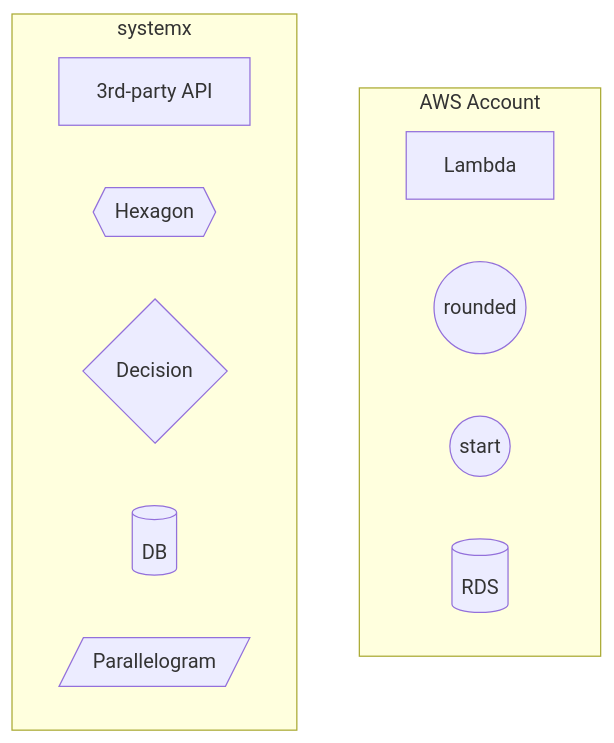
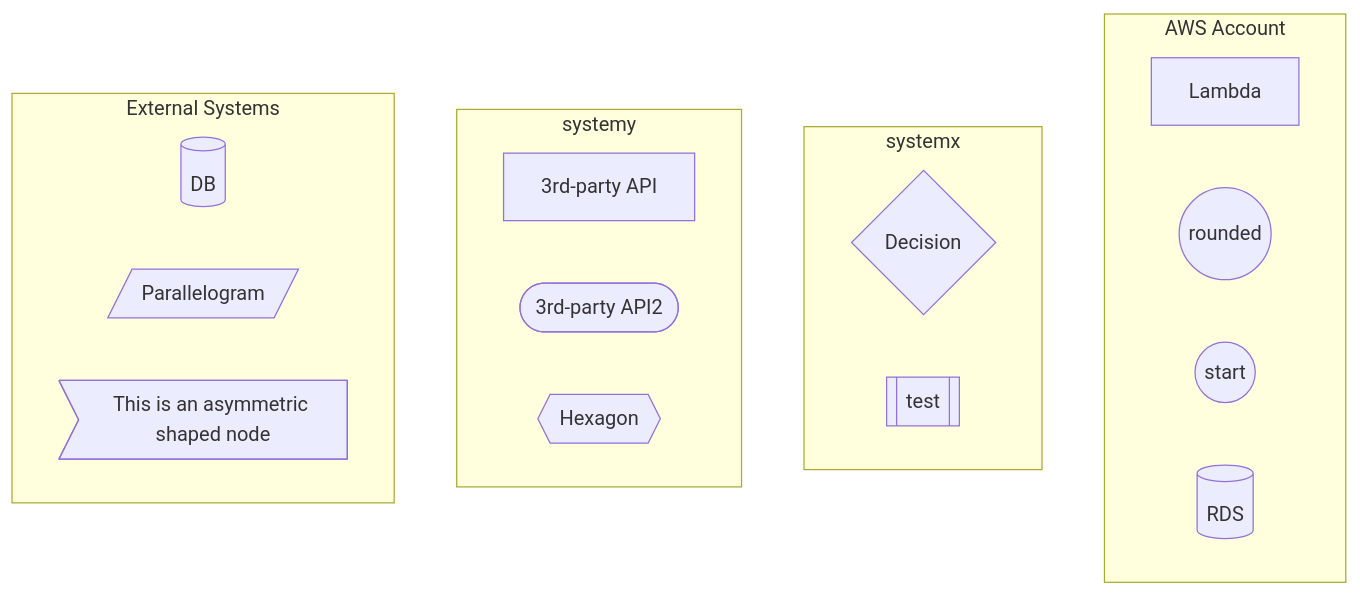
Before and after one commit to swmonkey/open: the first of 9 diagrams in mermaidformatting.md, drawn with Mermaid. The commit also changed other lines of this file, not shown here.

````diff
--- a/mermaidformatting.md
+++ b/mermaidformatting.md
@@ -27,20 +32,27 @@
 ```mermaid
  flowchart TB
     subgraph AWS["AWS Account"]
         Lambda
  rounded((rounded))
  startorend((start))
         DB[(RDS)]
     end
-    subgraph External["systemx"]
+    subgraph Externalx["systemx"]
+   
+        DiamondDecision{Decision}
+        Test[[test]]
+    end
+  subgraph Externaly["systemy"]
         API[3rd-party API]
+        API2([3rd-party API2])
         Hex{{Hexagon}}
-        DiamondDecision{Decision}	 
+       
     end
   
 
     subgraph External["External Systems"]
         Database[(DB)]
 InputorOutput[/Parallelogram/]
+nodeId>This is an asymmetric shaped node]
     end
 ```
````
